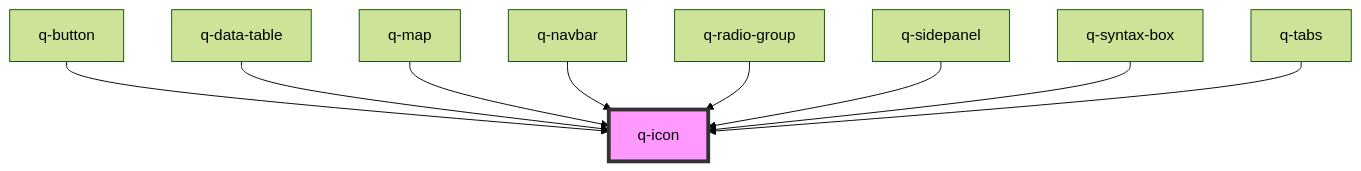
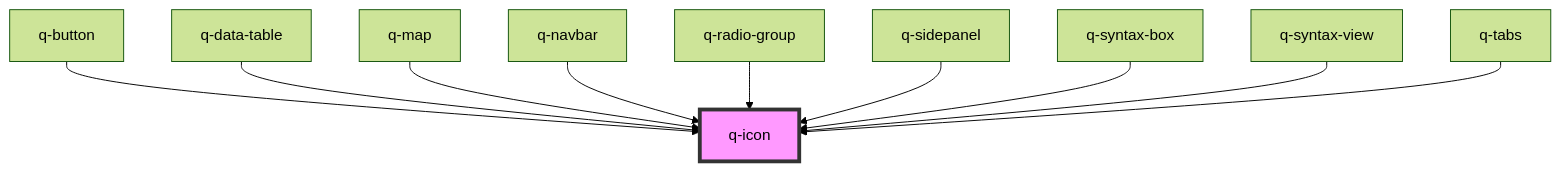
The diagram in src/browser/components/media/icon/readme.md (XsAndre-L/WebQuark), drawn with Mermaid (forest theme) before and after one commit. The commit also changed other lines of this file and 67 other files, not shown here.

````diff
--- a/src/browser/components/media/icon/readme.md
+++ b/src/browser/components/media/icon/readme.md
@@ -102,12 +103,13 @@
 ```mermaid
 graph TD;
   q-button --> q-icon
   q-data-table --> q-icon
   q-map --> q-icon
   q-navbar --> q-icon
   q-radio-group --> q-icon
   q-sidepanel --> q-icon
   q-syntax-box --> q-icon
+  q-syntax-view --> q-icon
   q-tabs --> q-icon
   style q-icon fill:#f9f,stroke:#333,stroke-width:4px
 ```
````
